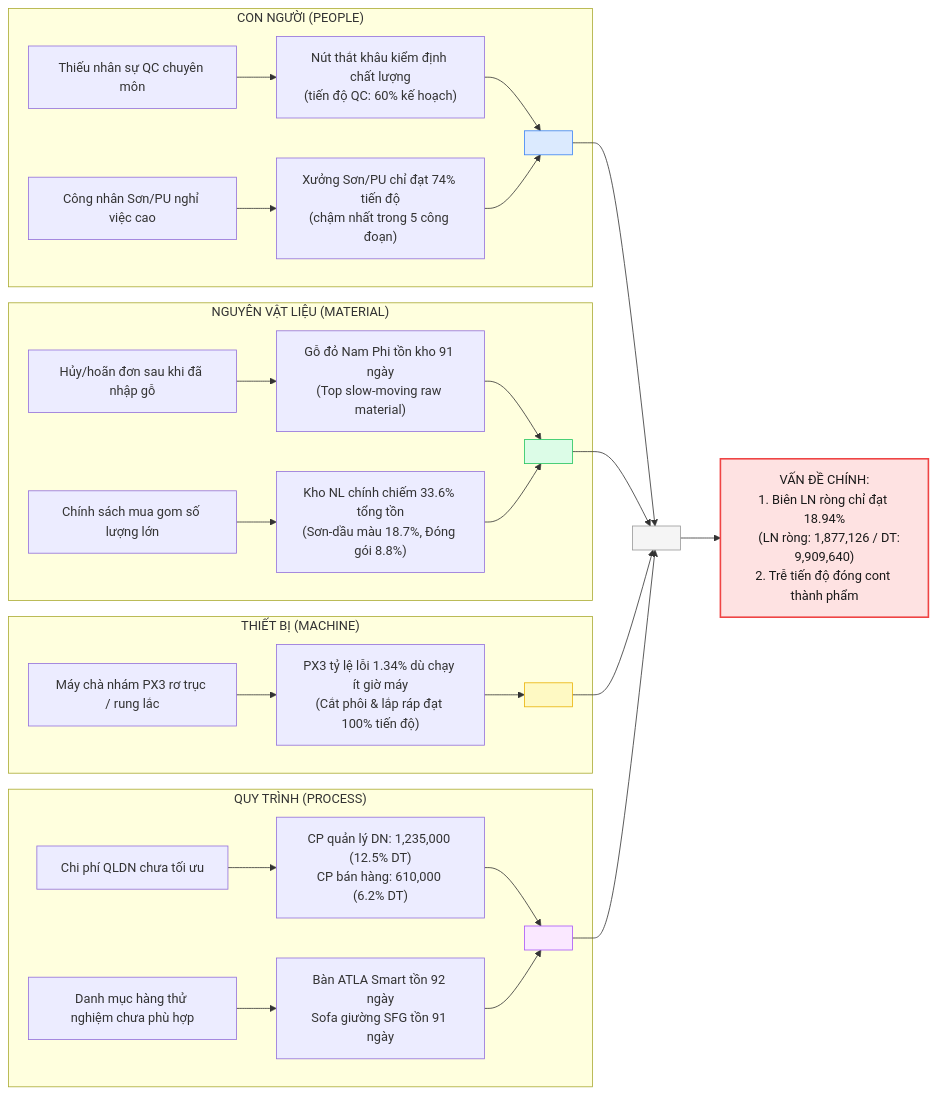
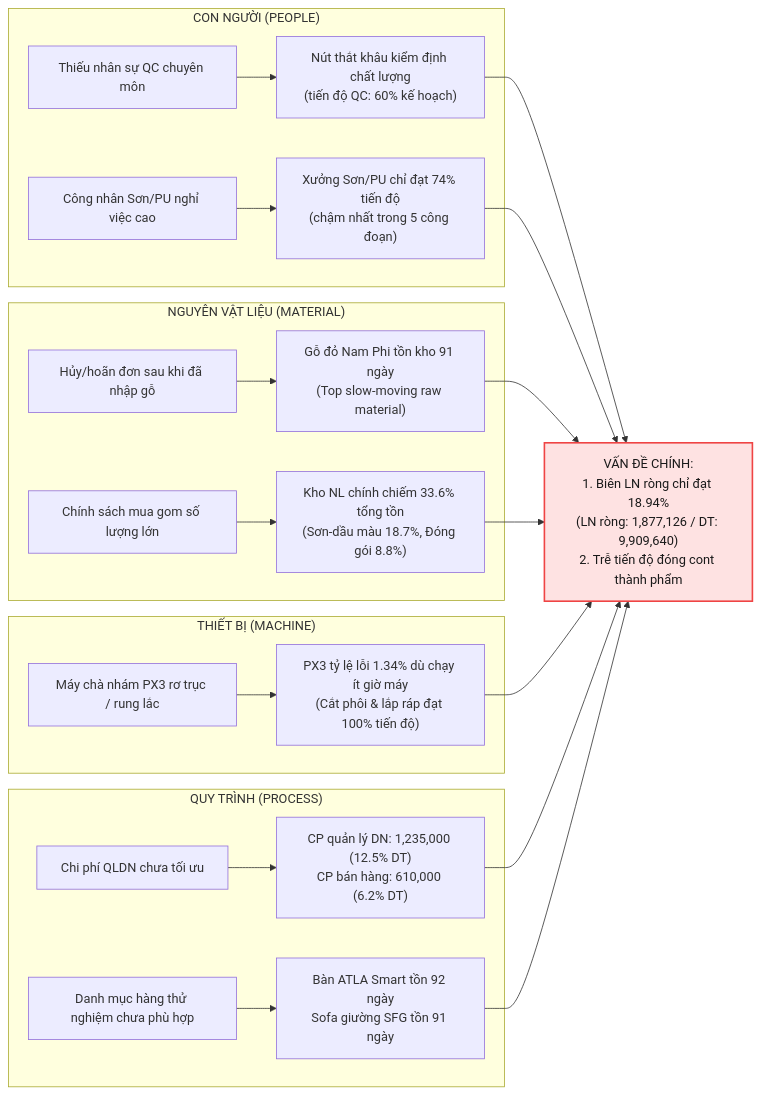
The first of 2 diagrams in README_VI.md (BachNguyen2kx/verp-dashboard), drawn with Mermaid before and after one commit. The commit also changed 1 other file, not shown here.

Commit message:
fix: remove empty junction nodes from fishbone diagram (were rendering as blank colored boxes)

````diff
--- a/README_VI.md
+++ b/README_VI.md
@@ -89,42 +89,33 @@
 ```mermaid
 graph LR
     subgraph PEOPLE ["CON NGƯỜI (PEOPLE)"]
         P1["Thiếu nhân sự QC chuyên môn"] --> P1_Detail["Nút thắt khâu kiểm định chất lượng<br>(tiến độ QC: 60% kế hoạch)"]
         P2["Công nhân Sơn/PU nghỉ việc cao"] --> P2_Detail["Xưởng Sơn/PU chỉ đạt 74% tiến độ<br>(chậm nhất trong 5 công đoạn)"]
-        P1_Detail --> Cause_People[" "]
-        P2_Detail --> Cause_People
     end
 
     subgraph MATERIAL ["NGUYÊN VẬT LIỆU (MATERIAL)"]
         M1["Hủy/hoãn đơn sau khi đã nhập gỗ"] --> M1_Detail["Gỗ đỏ Nam Phi tồn kho 91 ngày<br>(Top slow-moving raw material)"]
         M2["Chính sách mua gom số lượng lớn"] --> M2_Detail["Kho NL chính chiếm 33.6% tổng tồn<br>(Sơn-dầu màu 18.7%, Đóng gói 8.8%)"]
-        M1_Detail --> Cause_Material[" "]
-        M2_Detail --> Cause_Material
     end
 
     subgraph MACHINE ["THIẾT BỊ (MACHINE)"]
         MC1["Máy chà nhám PX3 rơ trục / rung lắc"] --> MC1_Detail["PX3 tỷ lệ lỗi 1.34% dù chạy ít giờ máy<br>(Cắt phôi & lắp ráp đạt 100% tiến độ)"]
-        MC1_Detail --> Cause_Machine[" "]
     end
 
     subgraph PROCESS ["QUY TRÌNH (PROCESS)"]
         PR1["Chi phí QLDN chưa tối ưu"] --> PR1_Detail["CP quản lý DN: 1,235,000 (12.5% DT)<br>CP bán hàng: 610,000 (6.2% DT)"]
         PR2["Danh mục hàng thử nghiệm chưa phù hợp"] --> PR2_Detail["Bàn ATLA Smart tồn 92 ngày<br>Sofa giường SFG tồn 91 ngày"]
-        PR1_Detail --> Cause_Process[" "]
-        PR2_Detail --> Cause_Process
     end
 
-    Cause_People --> Backbone[" "]
-    Cause_Material --> Backbone
-    Cause_Machine --> Backbone
-    Cause_Process --> Backbone
+    P1_Detail --> Problem
+    P2_Detail --> Problem
+    M1_Detail --> Problem
+    M2_Detail --> Problem
+    MC1_Detail --> Problem
+    PR1_Detail --> Problem
+    PR2_Detail --> Problem
 
-    Backbone --> Problem["VẤN ĐỀ CHÍNH:<br>1. Biên LN ròng chỉ đạt 18.94%<br>    (LN ròng: 1,877,126 / DT: 9,909,640)<br>2. Trễ tiến độ đóng cont thành phẩm"]
+    Problem["VẤN ĐỀ CHÍNH:<br>1. Biên LN ròng chỉ đạt 18.94%<br>(LN ròng: 1,877,126 / DT: 9,909,640)<br>2. Trễ tiến độ đóng cont thành phẩm"]
 
     style Problem fill:#fee2e2,stroke:#ef4444,stroke-width:2px,color:#1a1a1a;
-    style Backbone fill:#f5f5f5,stroke:#999,color:#f5f5f5;
-    style Cause_People fill:#dbeafe,stroke:#3b82f6,color:#dbeafe;
-    style Cause_Material fill:#dcfce7,stroke:#22c55e,color:#dcfce7;
-    style Cause_Machine fill:#fef9c3,stroke:#eab308,color:#fef9c3;
-    style Cause_Process fill:#fae8ff,stroke:#a855f7,color:#fae8ff;
 ```
````
